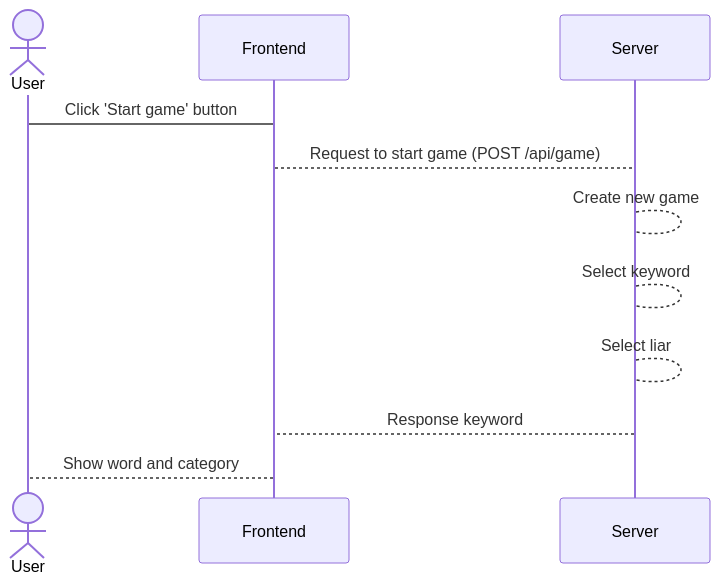
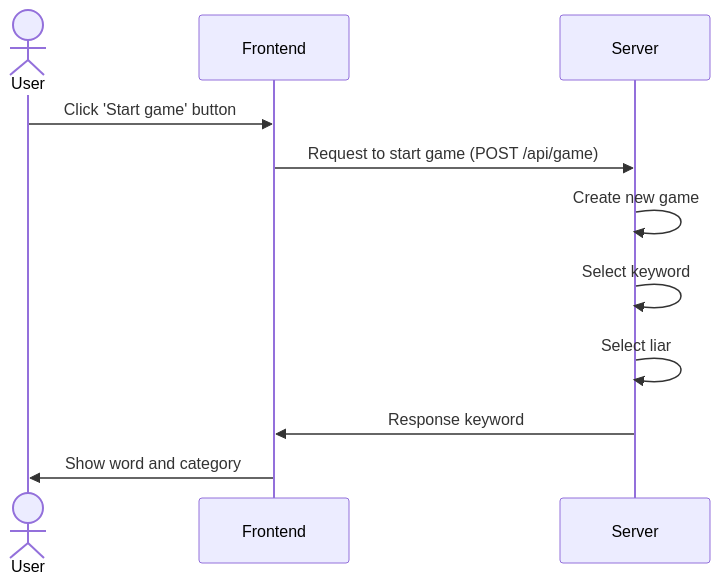
One commit to youngcha-lab/liar-game changed the diagram in liar-game-app/docs/leader_start_game.md. Above: the diagram before and after it, drawn with Mermaid. The commit also changed 5 other files, not shown here.

````diff
--- a/liar-game-app/docs/leader_start_game.md
+++ b/liar-game-app/docs/leader_start_game.md
@@ -1,14 +1,14 @@
 ```mermaid
 sequenceDiagram
 actor user as User
 participant fe as Frontend
 participant server as Server
 
-user -> fe: Click 'Start game' button
-fe --> server: Request to start game (POST /api/game)
-server --> server: Create new game
-server --> server: Select keyword
-server --> server: Select liar 
-server --> fe: Response keyword
-fe --> user: Show word and category
+user ->> fe: Click 'Start game' button
+fe ->> server: Request to start game (POST /api/game)
+server ->> server: Create new game
+server ->> server: Select keyword
+server ->> server: Select liar 
+server ->> fe: Response keyword
+fe ->> user: Show word and category
 ```
````
